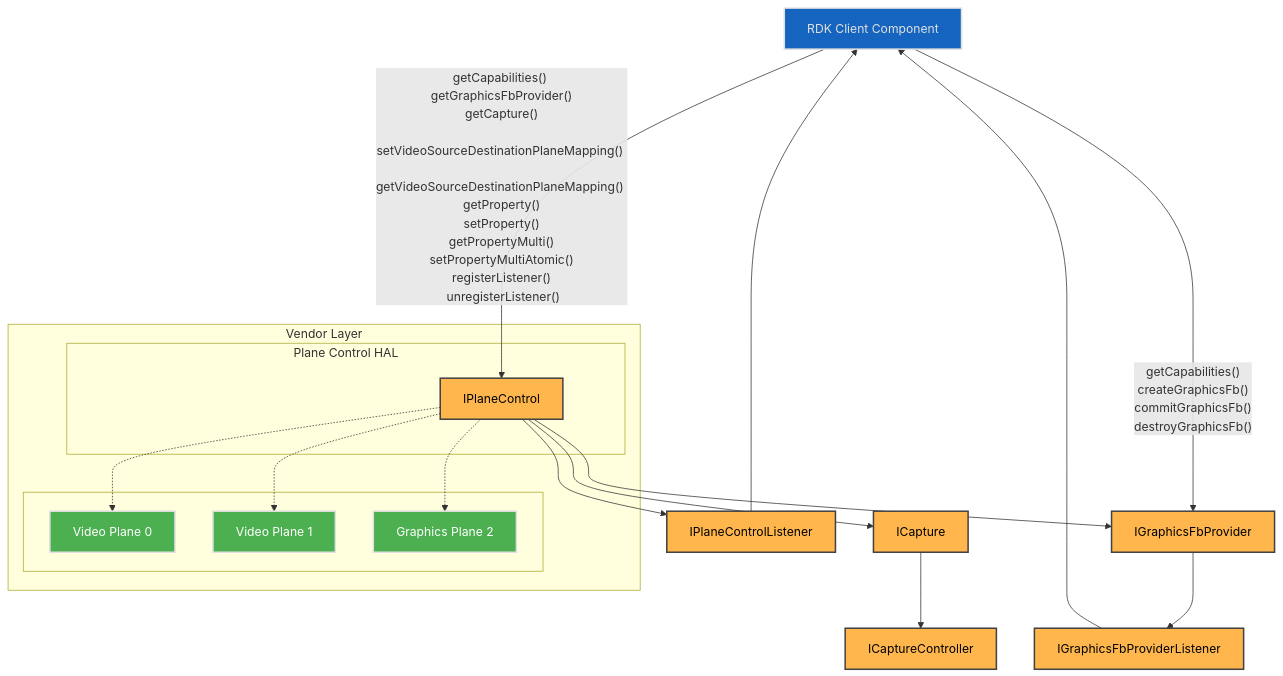
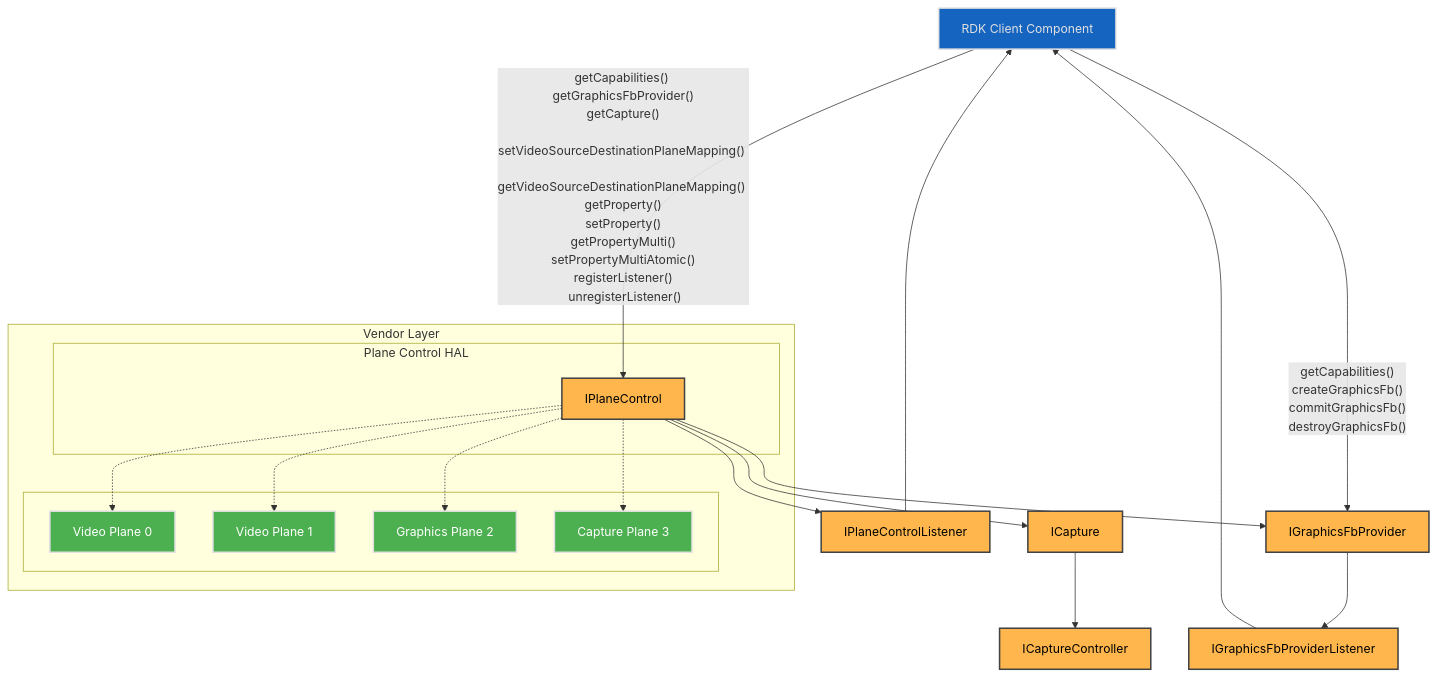
One commit to rdkcentral/rdk-halif-aidl changed the first of 4 diagrams in planecontrol/current/docs/plane_control.md. Above: the diagram before and after it, drawn with Mermaid. The commit also changed other lines of this file and 21 other files, not shown here.

````diff
--- a/planecontrol/current/docs/plane_control.md
+++ b/planecontrol/current/docs/plane_control.md
@@ -99,64 +99,67 @@
 ```mermaid
 flowchart TD
     %% --- Components ---
     RDKClientComponent["RDK Client Component"]
     IPlaneControlListener["IPlaneControlListener"]
     IGraphicsFbProvider["IGraphicsFbProvider"]
     IGraphicsFbProviderListener["IGraphicsFbProviderListener"]
     ICapture["ICapture"]
     ICaptureController["ICaptureController"]
 
     subgraph Connections["Vendor Layer"]
         subgraph IPlaneControlHAL["Plane Control HAL"]
             IPlaneControl["IPlaneControl"]
         end
 
         subgraph OutputComponents[" "]
             VideoPlane0["Video Plane 0"]
             VideoPlane1["Video Plane 1"]
             VideoPlane2["Graphics Plane 2"]
+            VideoPlane3["Capture Plane 3"]
         end
     end
 
     %% --- Function Calls Over Single Line ---
     RDKClientComponent -- getCapabilities() <br> getGraphicsFbProvider() <br> getCapture() <br> setVideoSourceDestinationPlaneMapping() <br> getVideoSourceDestinationPlaneMapping() <br> getProperty() <br> setProperty() <br> getPropertyMulti() <br> setPropertyMultiAtomic() <br> registerListener() <br> unregisterListener() --> IPlaneControl
     
     RDKClientComponent -- getCapabilities()
     createGraphicsFb()
     commitGraphicsFb()
     destroyGraphicsFb()
      --> IGraphicsFbProvider
 
     IPlaneControlListener --> RDKClientComponent
     IGraphicsFbProviderListener --> RDKClientComponent
 
     %% --- Wrapped Connections in a Subgraph ---
         IPlaneControl --> IPlaneControlListener
         IPlaneControl --> IGraphicsFbProvider
         IGraphicsFbProvider --> IGraphicsFbProviderListener
         IPlaneControl --> ICapture
         ICapture --> ICaptureController
         IPlaneControl -.-> VideoPlane0
         IPlaneControl -.-> VideoPlane1
         IPlaneControl -.-> VideoPlane2
+        IPlaneControl -.-> VideoPlane3
 
     %% --- Apply Colors ---
     classDef background fill:#121212,stroke:none,color:#E0E0E0;
     classDef blue fill:#1565C0,stroke:#E0E0E0,stroke-width:2px,color:#E0E0E0;
     classDef lightGrey fill:#616161,stroke:#E0E0E0,stroke-width:2px,color:#FFFFFF;
     classDef wheat fill:#FFB74D,stroke:#424242,stroke-width:2px,color:#000000;
     classDef green fill:#4CAF50,stroke:#E0E0E0,stroke-width:2px,color:#FFFFFF;
     classDef default fill:#1E1E1E,stroke:#E0E0E0,stroke-width:1px,color:#E0E0E0;
 
     RDKClientComponent:::blue
     IPlaneControl:::wheat
     IPlaneControlListener:::wheat
     IGraphicsFbProvider:::wheat
     IGraphicsFbProviderListener:::wheat
     ICapture:::wheat
     ICaptureController:::wheat
     VideoPlane0:::green
     VideoPlane1:::green
     VideoPlane2:::green
+    VideoPlane3:::green
 
 ```
````
